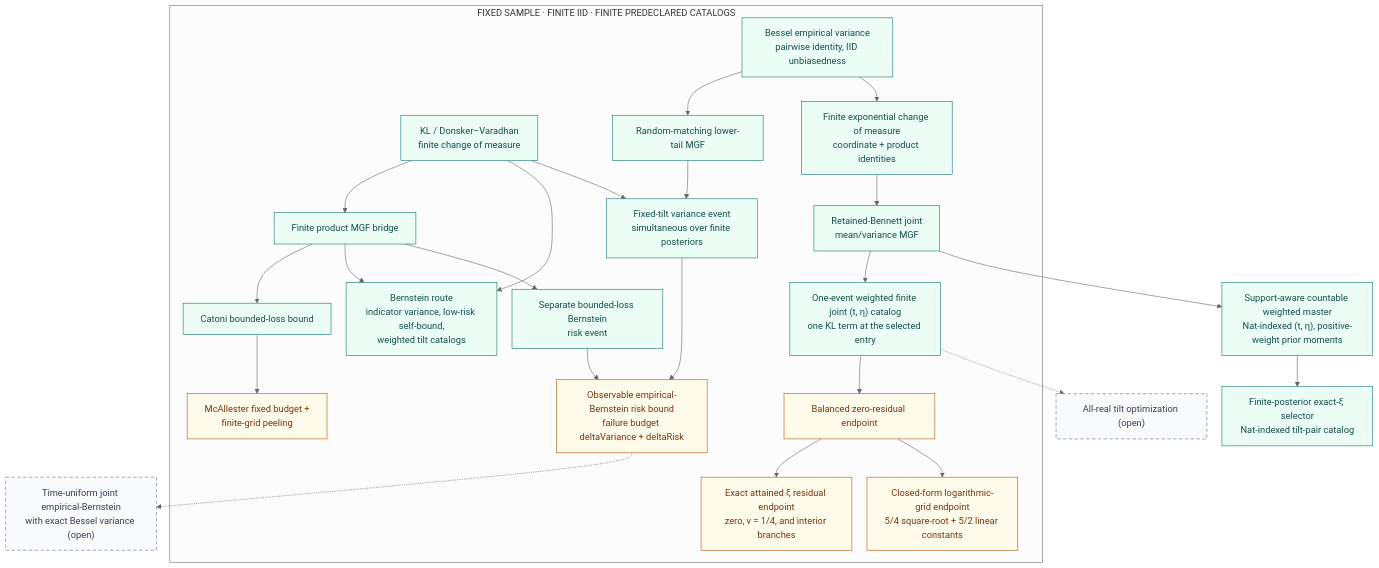
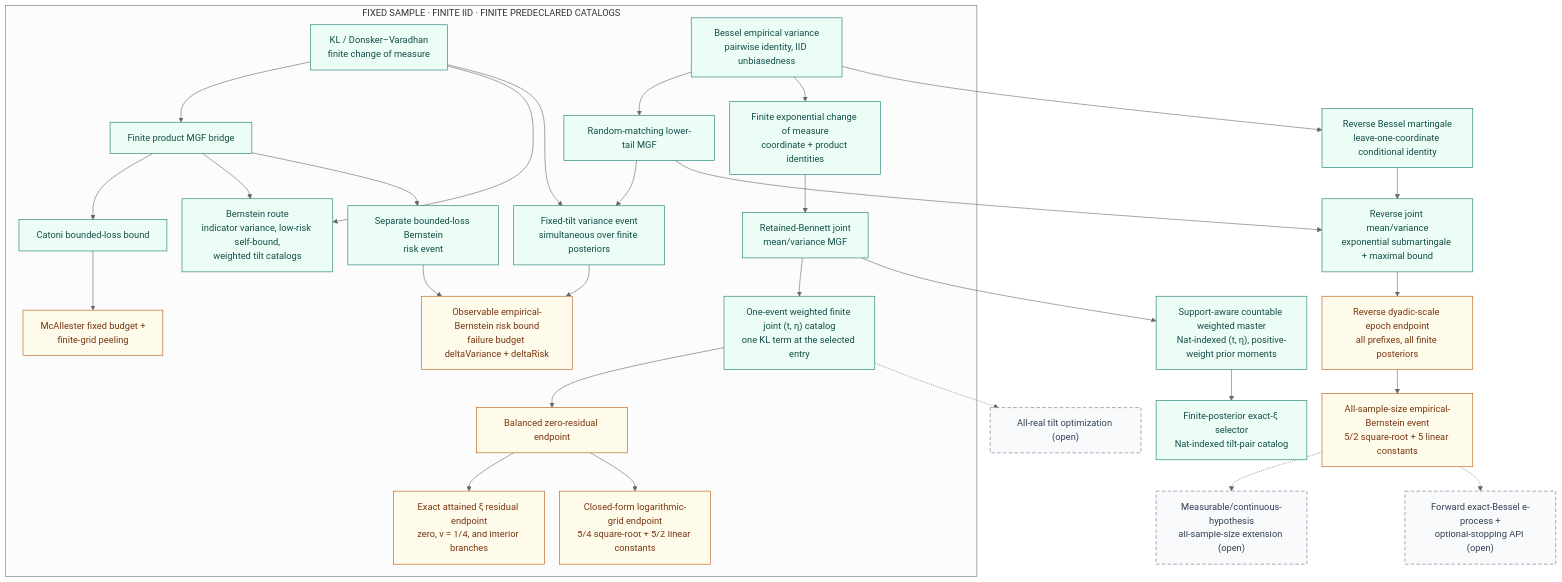
One commit to Robby955/FormalSLT changed the third of 4 diagrams in docs/diagrams.md. Above: the diagram before and after it, drawn with Mermaid. The commit also changed other lines of this file and 21 other files, not shown here.

Commit message:
docs(pac-bayes): package all-sample-size flagship

````diff
--- a/docs/diagrams.md
+++ b/docs/diagrams.md
@@ -122,55 +124,66 @@
 ```mermaid
 %%{init: {'theme': 'neutral', 'flowchart': {'rankSpacing': 42, 'nodeSpacing': 26}}}%%
 flowchart TD
     subgraph scope["FIXED SAMPLE &middot; FINITE IID &middot; FINITE PREDECLARED CATALOGS"]
         kl["KL / Donsker–Varadhan<br/>finite change of measure"]
         pmgf["Finite product MGF bridge"]
         catoni["Catoni bounded-loss bound"]
         mcallester["McAllester fixed budget +<br/>finite-grid peeling"]
         bern["Bernstein route<br/>indicator variance, low-risk self-bound,<br/>weighted tilt catalogs"]
         bessel["Bessel empirical variance<br/>pairwise identity, IID unbiasedness"]
         matching["Random-matching lower-tail MGF"]
         varevent["Fixed-tilt variance event<br/>simultaneous over finite posteriors"]
         riskevent["Separate bounded-loss Bernstein<br/>risk event"]
         ebrisk["Observable empirical-Bernstein risk bound<br/>failure budget deltaVariance + deltaRisk"]
         tilt["Finite exponential change of measure<br/>coordinate + product identities"]
         jointmgf["Retained-Bennett joint<br/>mean/variance MGF"]
         jointcat["One-event weighted finite joint (t, η) catalog<br/>one KL term at the selected entry"]
         zerores["Balanced zero-residual endpoint"]
         xires["Exact attained ξ residual endpoint<br/>zero, v = 1/4, and interior branches"]
         sqrtbound["Closed-form logarithmic-grid endpoint<br/>5/4 square-root + 5/2 linear constants"]
     end
     countablemaster["Support-aware countable weighted master<br/>Nat-indexed (t, η), positive-weight prior moments"]
     countableposterior["Finite-posterior exact-ξ selector<br/>Nat-indexed tilt-pair catalog"]
+    reversebessel["Reverse Bessel martingale<br/>leave-one-coordinate conditional identity"]
+    reversejoint["Reverse joint mean/variance<br/>exponential submartingale + maximal bound"]
+    reversegrid["Reverse dyadic-scale epoch endpoint<br/>all prefixes, all finite posteriors"]
+    stitched["All-sample-size empirical-Bernstein event<br/>5/2 square-root + 5 linear constants"]
     allreal["All-real tilt optimization (open)"]
-    tueb["Time-uniform joint empirical-Bernstein<br/>with exact Bessel variance (open)"]
+    continuousEB["Measurable/continuous-hypothesis<br/>all-sample-size extension (open)"]
+    forwardEB["Forward exact-Bessel e-process +<br/>optional-stopping API (open)"]
 
     kl --> pmgf
     pmgf --> catoni
     catoni --> mcallester
     kl --> bern
     pmgf --> bern
     bessel --> matching
     matching --> varevent
     kl --> varevent
     pmgf --> riskevent
     varevent --> ebrisk
     riskevent --> ebrisk
     bessel --> tilt
     tilt --> jointmgf
     jointmgf --> jointcat
     jointcat --> zerores
     zerores --> xires
     zerores --> sqrtbound
     jointmgf --> countablemaster
     countablemaster --> countableposterior
+    bessel --> reversebessel
+    matching --> reversejoint
+    reversebessel --> reversejoint
+    reversejoint --> reversegrid
+    reversegrid --> stitched
     jointcat -.-> allreal
-    ebrisk -.-> tueb
+    stitched -.-> continuousEB
+    stitched -.-> forwardEB
 
     classDef checked fill:#ecfdf5,stroke:#0f766e,color:#134e4a;
     classDef endpointNode fill:#fffbeb,stroke:#b45309,color:#78350f;
     classDef open fill:#f8fafc,stroke:#64748b,color:#334155,stroke-dasharray:6 4;
-    class kl,pmgf,catoni,bern,bessel,matching,varevent,riskevent,tilt,jointmgf,jointcat,countablemaster,countableposterior checked;
-    class mcallester,ebrisk,zerores,xires,sqrtbound endpointNode;
-    class allreal,tueb open;
+    class kl,pmgf,catoni,bern,bessel,matching,varevent,riskevent,tilt,jointmgf,jointcat,countablemaster,countableposterior,reversebessel,reversejoint checked;
+    class mcallester,ebrisk,zerores,xires,sqrtbound,reversegrid,stitched endpointNode;
+    class allreal,continuousEB,forwardEB open;
 ```
````
